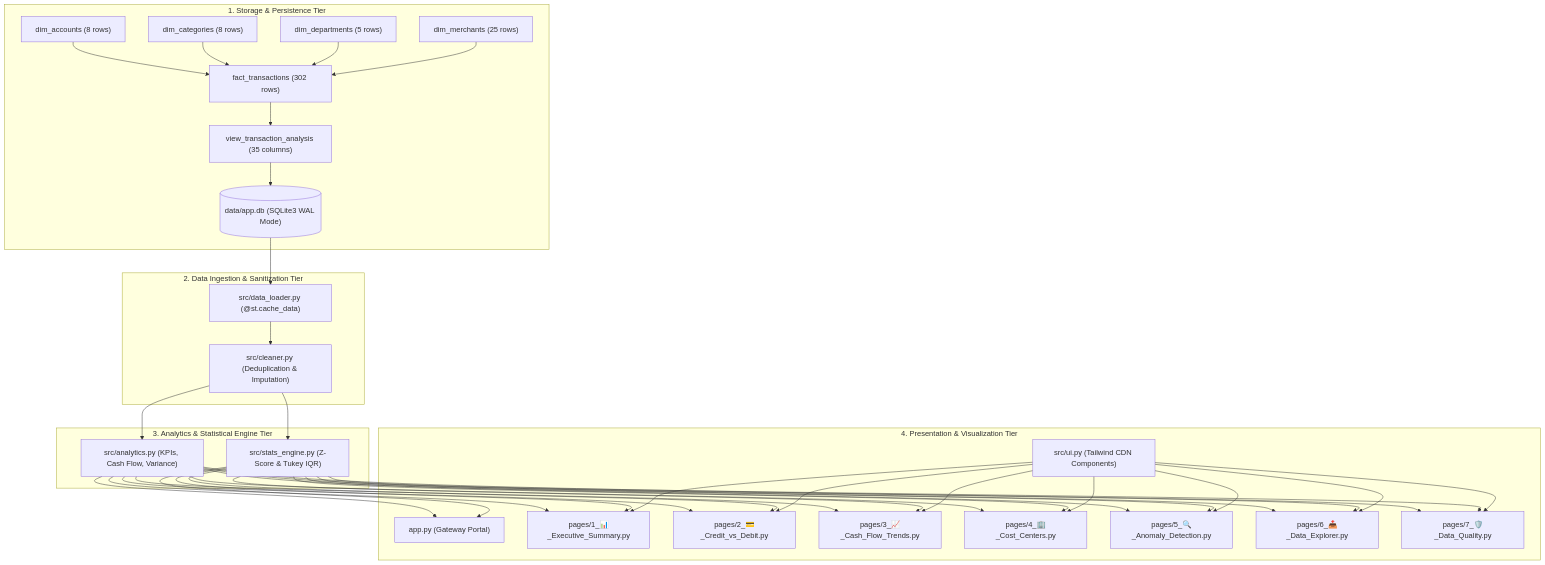
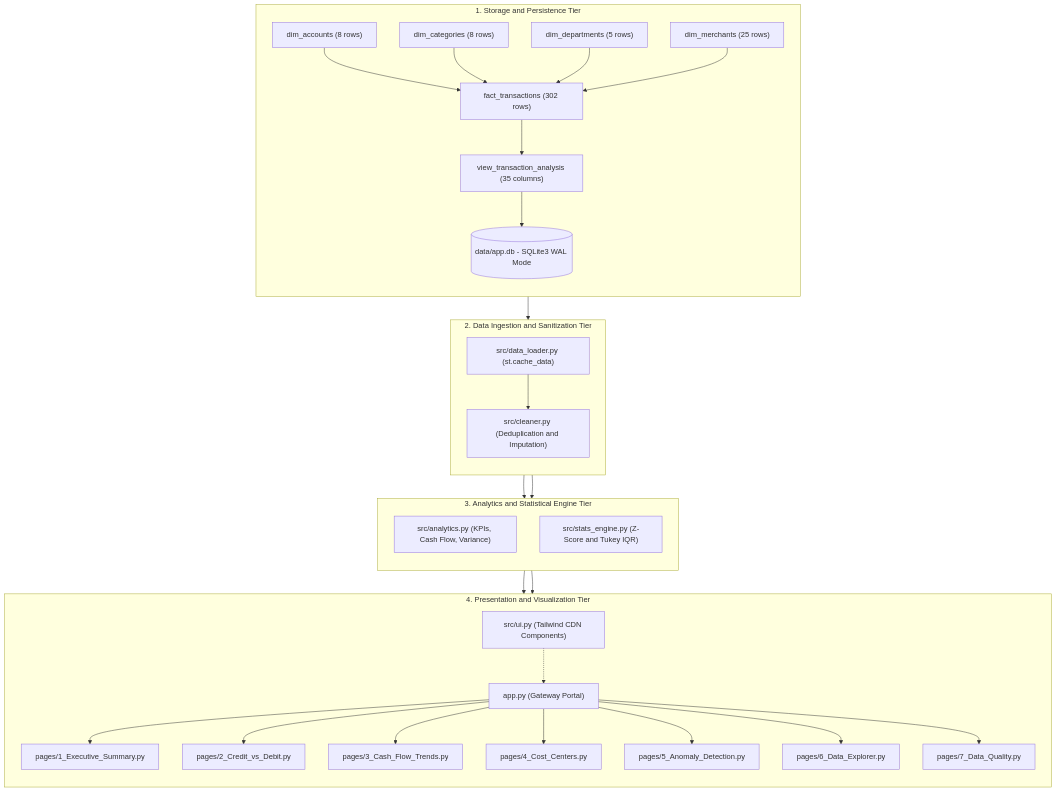
One commit to Kaif-Specs/HCL-Training_Project changed the diagram in README.md. Above: the diagram before and after it, drawn with Mermaid. The commit also changed other lines of this file and 1 other file, not shown here.

Commit message:
FIX: Resolve GitHub Mermaid display error in 4-Tier Architecture diagram

````diff
--- a/README.md
+++ b/README.md
@@ -33,44 +38,66 @@
 ```mermaid
 flowchart TD
-    subgraph Tier1["1. Storage & Persistence Tier"]
-        DB[("data/app.db (SQLite3 WAL Mode)")]
+    %% TIER 1
+    subgraph Tier1 ["1. Storage and Persistence Tier"]
+        direction TB
+        DB[("data/app.db - SQLite3 WAL Mode")]
         DIM1["dim_accounts (8 rows)"]
         DIM2["dim_categories (8 rows)"]
         DIM3["dim_departments (5 rows)"]
         DIM4["dim_merchants (25 rows)"]
         FACT["fact_transactions (302 rows)"]
         VIEW["view_transaction_analysis (35 columns)"]
-        DIM1 & DIM2 & DIM3 & DIM4 --> FACT
+
+        DIM1 --> FACT
+        DIM2 --> FACT
+        DIM3 --> FACT
+        DIM4 --> FACT
         FACT --> VIEW
         VIEW --> DB
     end
 
-    subgraph Tier2["2. Data Ingestion & Sanitization Tier"]
-        LOADER["src/data_loader.py (@st.cache_data)"]
-        CLEANER["src/cleaner.py (Deduplication & Imputation)"]
-        DB --> LOADER
+    %% TIER 2
+    subgraph Tier2 ["2. Data Ingestion and Sanitization Tier"]
+        direction TB
+        LOADER["src/data_loader.py (st.cache_data)"]
+        CLEANER["src/cleaner.py (Deduplication and Imputation)"]
         LOADER --> CLEANER
     end
 
-    subgraph Tier3["3. Analytics & Statistical Engine Tier"]
+    %% TIER 3
+    subgraph Tier3 ["3. Analytics and Statistical Engine Tier"]
+        direction TB
         ANALYTICS["src/analytics.py (KPIs, Cash Flow, Variance)"]
-        STATS["src/stats_engine.py (Z-Score & Tukey IQR)"]
-        CLEANER --> ANALYTICS
-        CLEANER --> STATS
+        STATS["src/stats_engine.py (Z-Score and Tukey IQR)"]
     end
 
-    subgraph Tier4["4. Presentation & Visualization Tier"]
+    %% TIER 4
+    subgraph Tier4 ["4. Presentation and Visualization Tier"]
+        direction TB
+        APP["app.py (Gateway Portal)"]
         UI["src/ui.py (Tailwind CDN Components)"]
-        APP["app.py (Gateway Portal)"]
-        P1["pages/1_📊_Executive_Summary.py"]
-        P2["pages/2_💳_Credit_vs_Debit.py"]
-        P3["pages/3_📈_Cash_Flow_Trends.py"]
-        P4["pages/4_🏢_Cost_Centers.py"]
-        P5["pages/5_🔍_Anomaly_Detection.py"]
-        P6["pages/6_📥_Data_Explorer.py"]
-        P7["pages/7_🛡️_Data_Quality.py"]
-        
-        ANALYTICS & STATS --> APP & P1 & P2 & P3 & P4 & P5 & P6 & P7
-        UI --> P1 & P2 & P3 & P4 & P5 & P6 & P7
+        P1["pages/1_Executive_Summary.py"]
+        P2["pages/2_Credit_vs_Debit.py"]
+        P3["pages/3_Cash_Flow_Trends.py"]
+        P4["pages/4_Cost_Centers.py"]
+        P5["pages/5_Anomaly_Detection.py"]
+        P6["pages/6_Data_Explorer.py"]
+        P7["pages/7_Data_Quality.py"]
+
+        APP --> P1
+        APP --> P2
+        APP --> P3
+        APP --> P4
+        APP --> P5
+        APP --> P6
+        APP --> P7
+        UI -.-> APP
     end
+
+    %% Inter-Tier Pipeline Connections
+    DB --> LOADER
+    CLEANER --> ANALYTICS
+    CLEANER --> STATS
+    ANALYTICS --> APP
+    STATS --> APP
 ```
````
